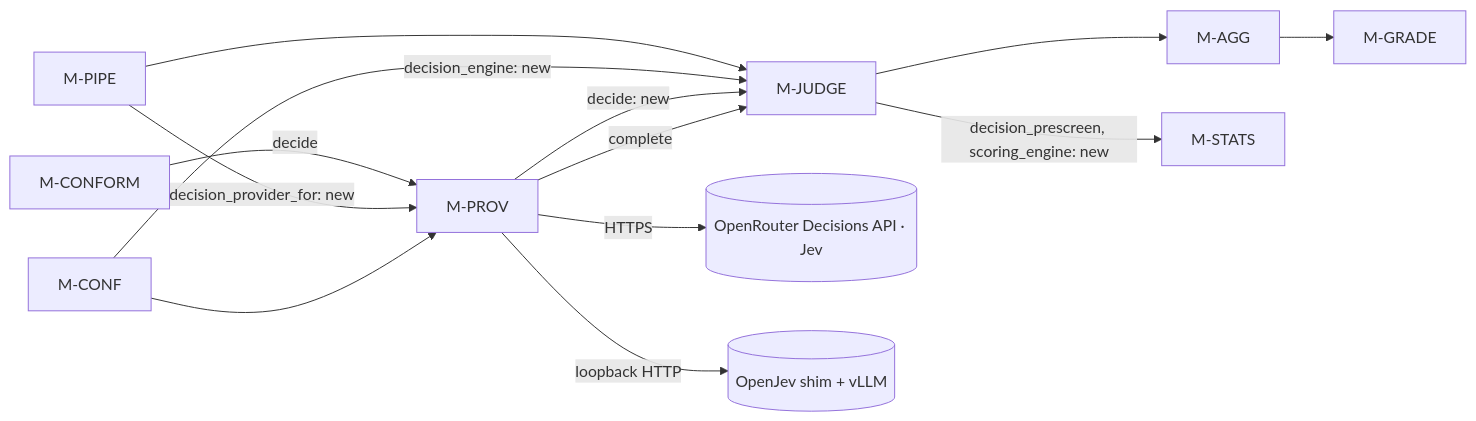
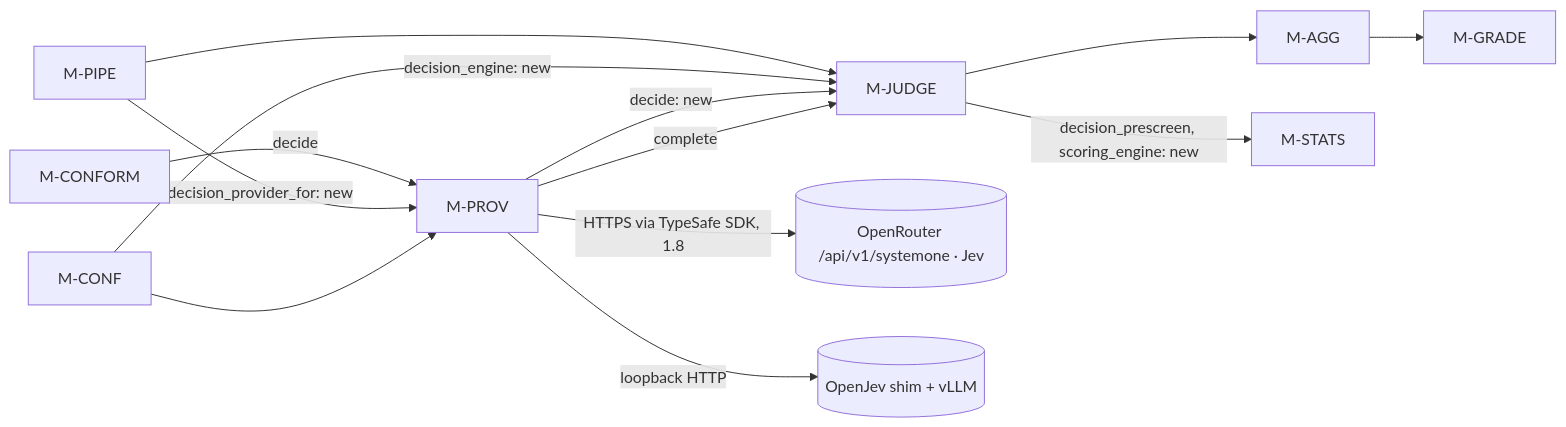
One commit to manucohenyashar/agentic-evaluation-harness-for-education changed the second of 2 diagrams in docs/design/jev_decision_engine_design_delta.md. Above: the diagram before and after it, drawn with Mermaid. The commit also changed other lines of this file and 1 other file, not shown here.

First line of the commit message:
Design 1.8 and test plan 1.6: Jev via the TypeSafe SDK, and Jev's confidence only

````diff
--- a/docs/design/jev_decision_engine_design_delta.md
+++ b/docs/design/jev_decision_engine_design_delta.md
@@ -787,15 +867,15 @@
 ```mermaid
 graph LR
   CONF[M-CONF] --> PROV[M-PROV]
   PROV -->|complete| JUDGE[M-JUDGE]
   PROV -->|decide: new| JUDGE
   CONF -->|decision_engine: new| JUDGE
   JUDGE --> AGG[M-AGG]
   AGG --> GRADE[M-GRADE]
   JUDGE -->|decision_prescreen, scoring_engine: new| STATS[M-STATS]
   PIPE[M-PIPE] -->|decision_provider_for: new| PROV
   PIPE --> JUDGE
   CONFORM[M-CONFORM] -->|decide| PROV
-  PROV -->|HTTPS| OR[(OpenRouter Decisions API · Jev)]
+  PROV -->|HTTPS via TypeSafe SDK, 1.8| OR[(OpenRouter /api/v1/systemone · Jev)]
   PROV -->|loopback HTTP| OJ[(OpenJev shim + vLLM)]
 ```
````
